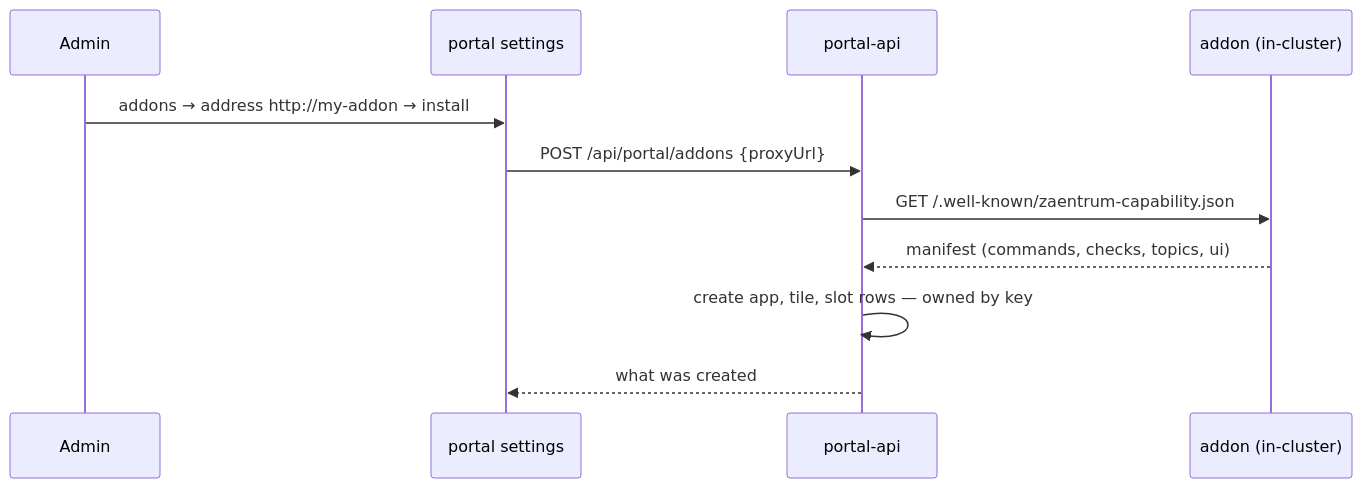
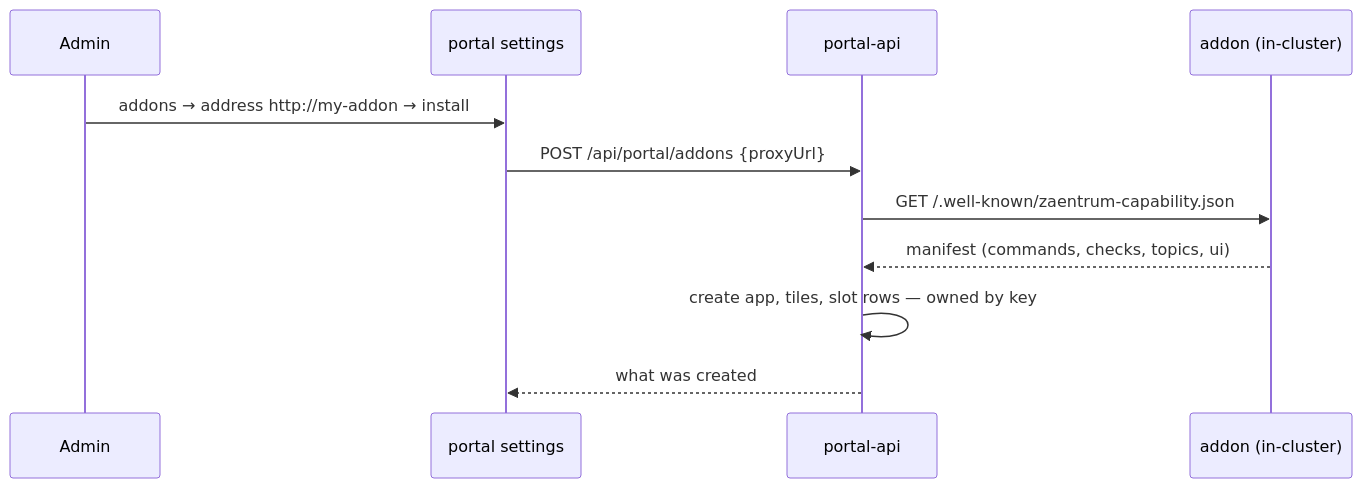
Before and after one commit to zaentrum/zaentrum: the diagram in docs/extending/installing.md, drawn with Mermaid. The commit also changed other lines of this file and 2 other files, not shown here.

First line of the commit message:
Docs: addons can declare a launchpad section and several tiles

````diff
--- a/docs/extending/installing.md
+++ b/docs/extending/installing.md
@@ -11,13 +11,13 @@
 ```mermaid
 sequenceDiagram
     participant Admin
     participant Settings as portal settings
     participant API as portal-api
     participant Addon as addon (in-cluster)
     Admin->>Settings: addons → address http://my-addon → install
     Settings->>API: POST /api/portal/addons {proxyUrl}
     API->>Addon: GET /.well-known/zaentrum-capability.json
     Addon-->>API: manifest (commands, checks, topics, ui)
-    API->>API: create app, tile, slot rows — owned by key
+    API->>API: create app, tiles, slot rows — owned by key
     API-->>Settings: what was created
 ```
````
